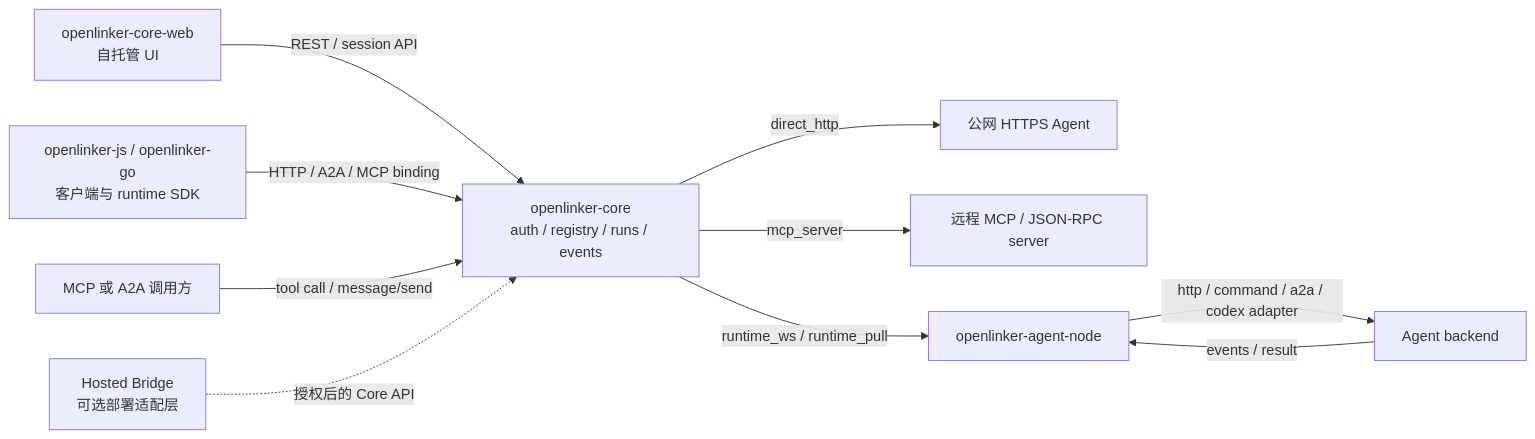
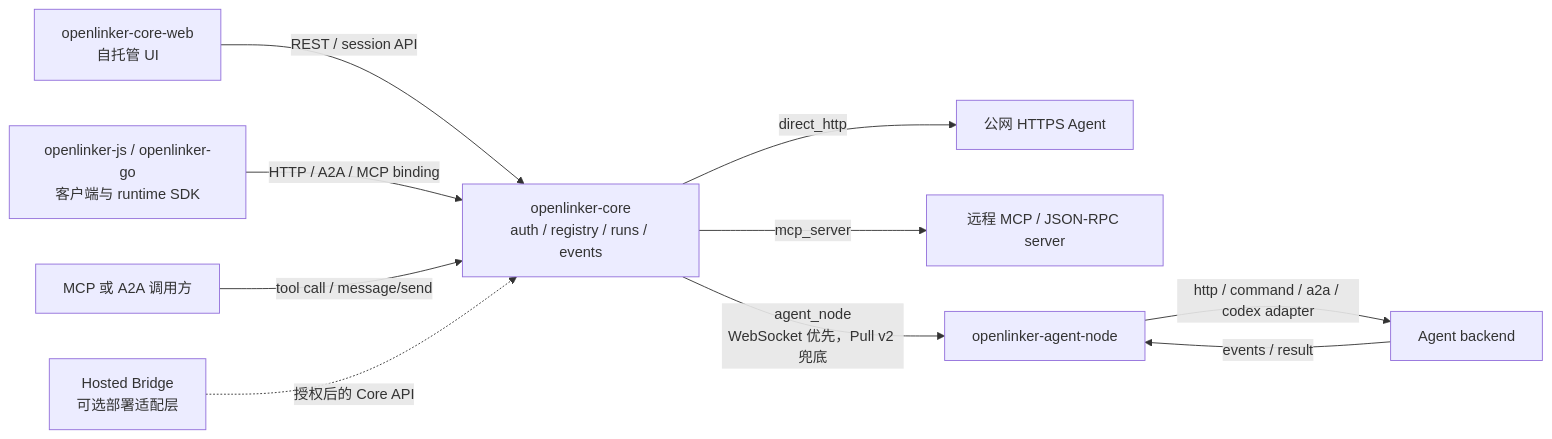
One commit to Frank-svg-dev/openlinker-core changed the diagram in README.zh-CN.md. Above: the diagram before and after it, drawn with Mermaid. The commit also changed other lines of this file and 139 other files, not shown here.

````diff
--- a/README.zh-CN.md
+++ b/README.zh-CN.md
@@ -49,16 +49,16 @@
 ```mermaid
 flowchart LR
   CoreWeb["openlinker-core-web<br/>自托管 UI"] -->|"REST / session API"| Core
   SDKs["openlinker-js / openlinker-go<br/>客户端与 runtime SDK"] -->|"HTTP / A2A / MCP binding"| Core
   MCPCaller["MCP 或 A2A 调用方"] -->|"tool call / message/send"| Core
 
   HostedBridge["Hosted Bridge<br/>可选部署适配层"] -.->|"授权后的 Core API"| Core
 
   Core["openlinker-core<br/>auth / registry / runs / events"]
 
   Core -->|"direct_http"| HTTPAgent["公网 HTTPS Agent"]
   Core -->|"mcp_server"| MCPAgent["远程 MCP / JSON-RPC server"]
-  Core -->|"runtime_ws / runtime_pull"| AgentNode["openlinker-agent-node"]
+  Core -->|"agent_node<br/>WebSocket 优先，Pull v2 兜底"| AgentNode["openlinker-agent-node"]
   AgentNode -->|"http / command / a2a / codex adapter"| Backend["Agent backend"]
   Backend -->|"events / result"| AgentNode
 ```
````
